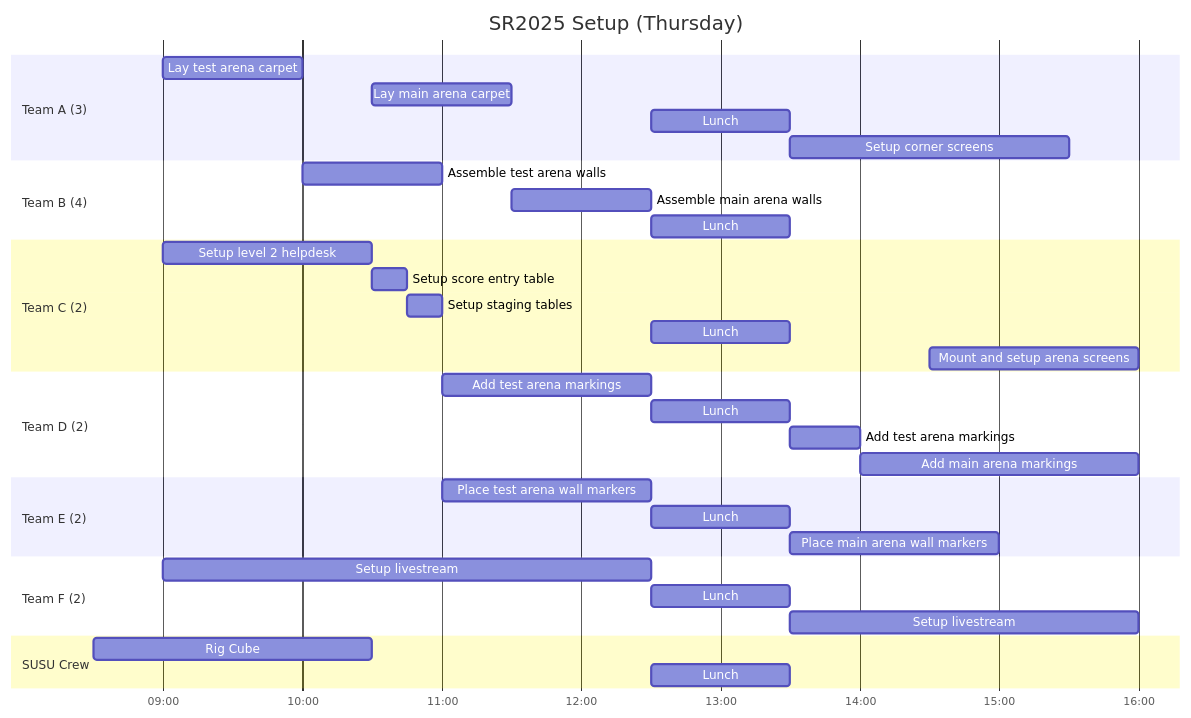
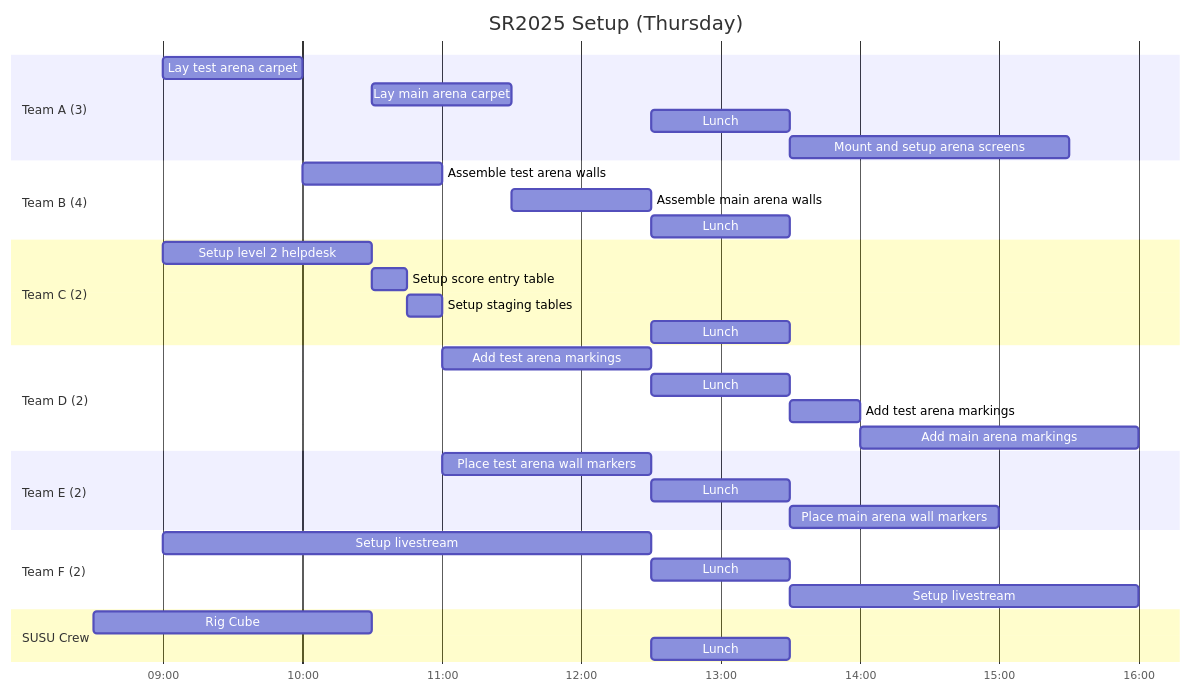
One commit to srobo/runbook changed the first of 2 diagrams in docs/competition/event/sr2025-setup.md. Above: the diagram before and after it, drawn with Mermaid. The commit also changed other lines of this file, not shown here.

````diff
--- a/docs/competition/event/sr2025-setup.md
+++ b/docs/competition/event/sr2025-setup.md
@@ -9,44 +9,43 @@
 ```mermaid
 gantt
     title SR2025 Setup (Thursday)
     dateFormat HH:mm
     axisFormat %H:%M
 
     section Team A (3)
     Lay test arena carpet :testCarpet, 09:00, 1h
     Lay main arena carpet :mainCarpet, 10:30, 1h
     Lunch :lunchA, 12:30, 1h
-    Setup corner screens :setupCornerScreens, 13:30, 2h
+    Mount and setup arena screens :setupCornerScreens, 13:30, 2h
 
     section Team B (4)
     Assemble test arena walls :testWalls, after testCarpet, 1h
     Assemble main arena walls :mainWalls, after mainCarpet, 1h
     Lunch :lunchB, 12:30, 1h
 
     section Team C (2)
     Setup level 2 helpdesk :l2Helpdesk, 09:00, 1.5h
     Setup score entry table :scoreEntry, after l2Helpdesk, 0.25h
     Setup staging tables :stagingTables, after scoreEntry, 0.25h
     Lunch :lunchC, 12:30, 1h
-    Mount and setup arena screens :arenaScreens, 14:30, 1.5h
 
     section Team D (2)
     Add test arena markings :testMarkings, after testWalls, 1.5h
     Lunch :lunchD, 12:30, 1h
     Add test arena markings :testMarkings2, after lunchD, 0.5h
     Add main arena markings :mainMarkings, after testMarkings2, 2h
 
     section Team E (2)
     Place test arena wall markers :testWallMarkers, after testWalls, 1.5h
     Lunch :lunchE, 12:30, 1h
     Place main arena wall markers :mainWallMarkers, after lunchE, 1.5h
 
     section Team F (2)
     Setup livestream :livestream1, 09:00, 3.5h
     Lunch :lunchF, 12:30, 1h
     Setup livestream :livestream2, after lunchF, 2.5h
 
     section SUSU Crew
     Rig Cube :rigCube, 08:30, 2h
     Lunch :lunchSUSU, 12:30, 1h
 ```
````
